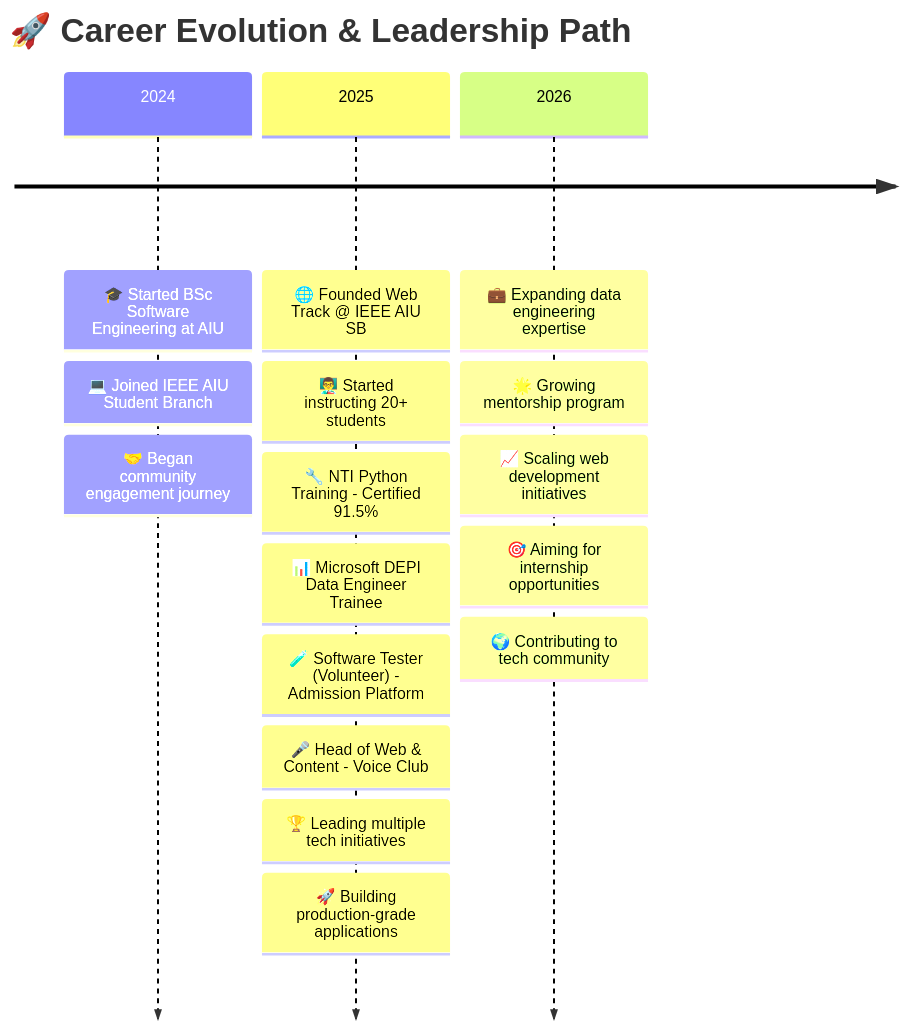
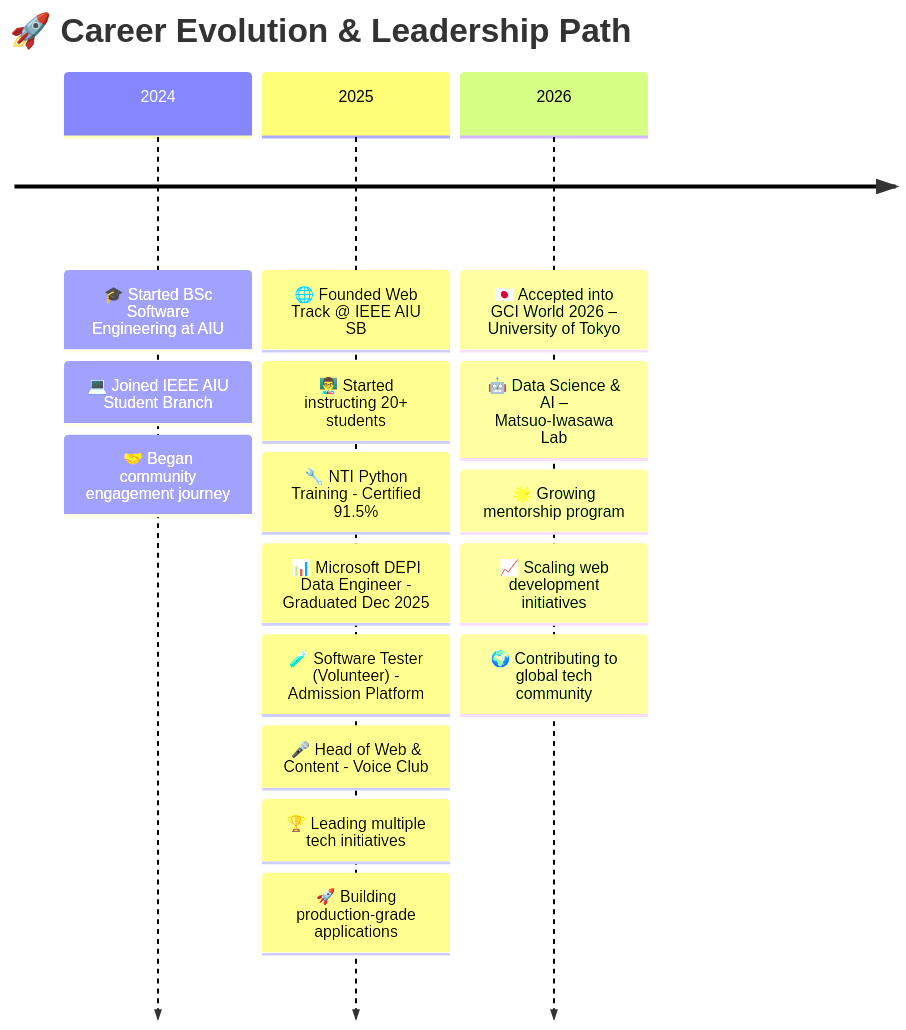
One commit to Omar-Alshaer/Omar-Alshaer changed the diagram in README.md. Above: the diagram before and after it, drawn with Mermaid. The commit also changed other lines of this file and 13 other files, not shown here.

````diff
--- a/README.md
+++ b/README.md
@@ -569,23 +597,23 @@
 ```mermaid
 timeline
     title 🚀 Career Evolution & Leadership Path
 
     2024 : 🎓 Started BSc Software Engineering at AIU
          : 💻 Joined IEEE AIU Student Branch
          : 🤝 Began community engagement journey
 
     2025 : 🌐 Founded Web Track @ IEEE AIU SB
          : 👨‍🏫 Started instructing 20+ students
          : 🔧 NTI Python Training - Certified 91.5%
-         : 📊 Microsoft DEPI Data Engineer Trainee
+         : 📊 Microsoft DEPI Data Engineer - Graduated Dec 2025
          : 🧪 Software Tester (Volunteer) - Admission Platform
          : 🎤 Head of Web & Content - Voice Club
          : 🏆 Leading multiple tech initiatives
          : 🚀 Building production-grade applications
 
-    2026 : 💼 Expanding data engineering expertise
+    2026 : 🇯🇵 Accepted into GCI World 2026 – University of Tokyo
+         : 🤖 Data Science & AI – Matsuo-Iwasawa Lab
          : 🌟 Growing mentorship program
          : 📈 Scaling web development initiatives
-         : 🎯 Aiming for internship opportunities
-         : 🌍 Contributing to tech community
+         : 🌍 Contributing to global tech community
 ```
````
